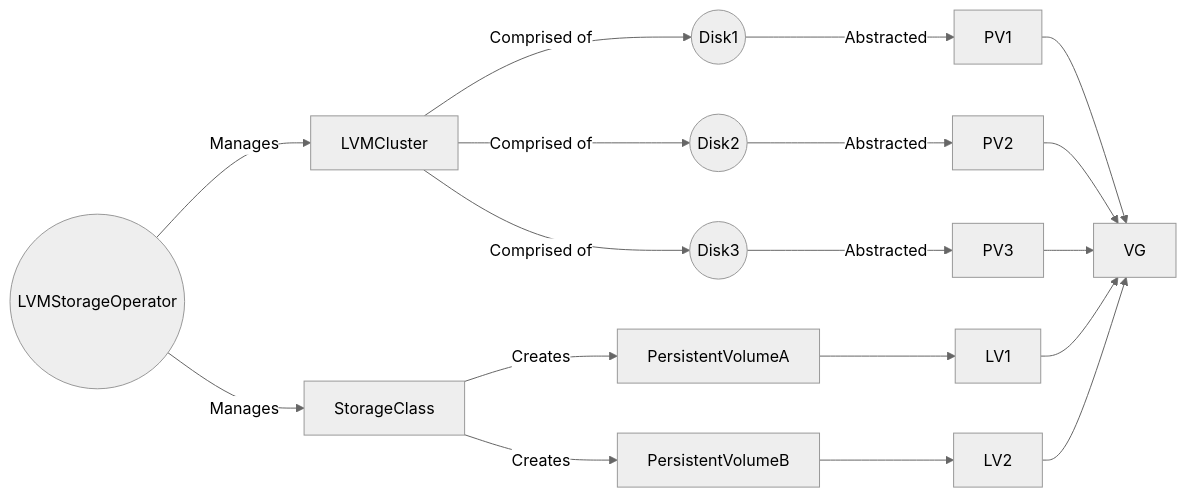
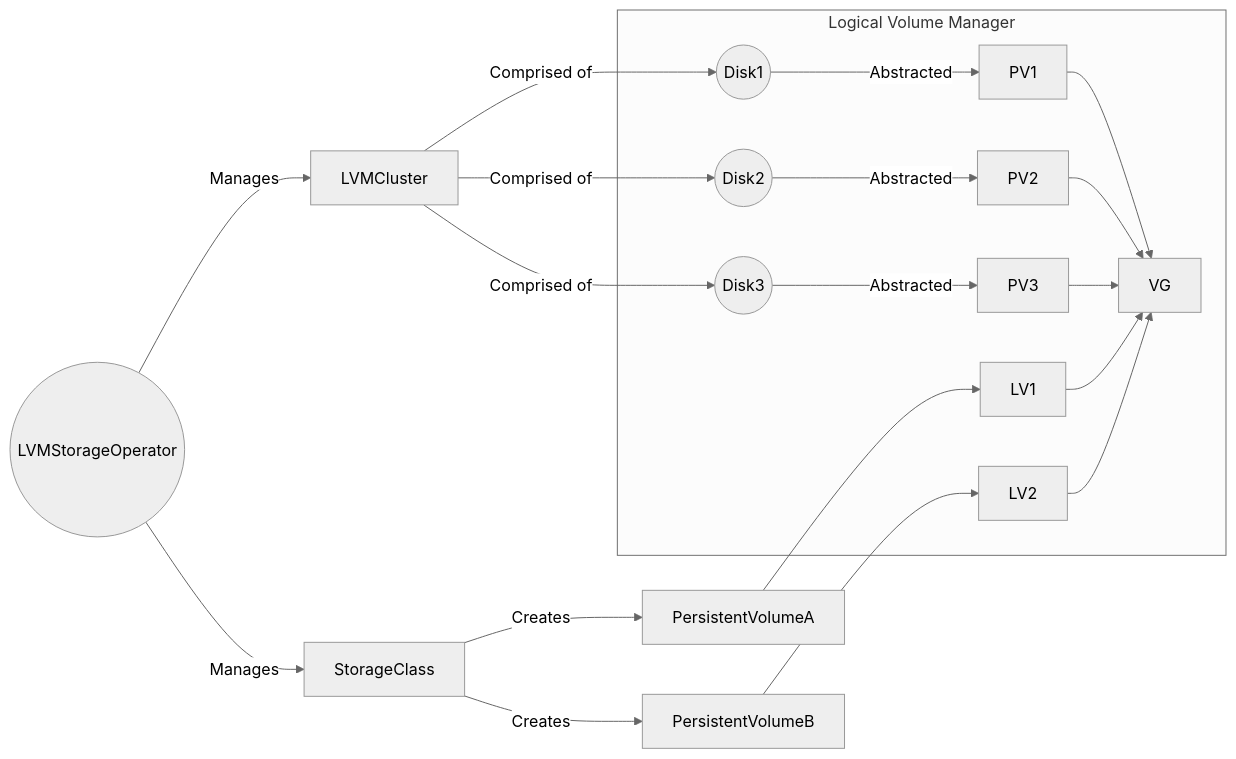
The diagram in README.md (emmahone/LVM-Operator-overview), drawn with Mermaid (neutral theme) before and after one commit.

Commit message:
Improve flowchart

````diff
--- a/README.md
+++ b/README.md
@@ -19,20 +19,23 @@
 ```mermaid
 graph LR
 LVMStorageOperator((LVMStorageOperator))-->|Manages| LVMCluster
 LVMStorageOperator-->|Manages| StorageClass
 StorageClass-->|Creates| PersistentVolumeA
 StorageClass-->|Creates| PersistentVolumeB
 PersistentVolumeA-->LV1
 PersistentVolumeB-->LV2
 LVMCluster-->|Comprised of|Disk1((Disk1))
 LVMCluster-->|Comprised of|Disk2((Disk2))
 LVMCluster-->|Comprised of|Disk3((Disk3))
-Disk1-->|Abstracted|PV1
-Disk2-->|Abstracted|PV2
-Disk3-->|Abstracted|PV3
-PV1-->VG
-PV2-->VG
-PV3-->VG
-LV1-->VG
-LV2-->VG
+
+subgraph Logical Volume Manager
+  Disk1-->|Abstracted|PV1
+  Disk2-->|Abstracted|PV2
+  Disk3-->|Abstracted|PV3
+  PV1-->VG
+  PV2-->VG
+  PV3-->VG
+  LV1-->VG
+  LV2-->VG
+end
 ```
````
